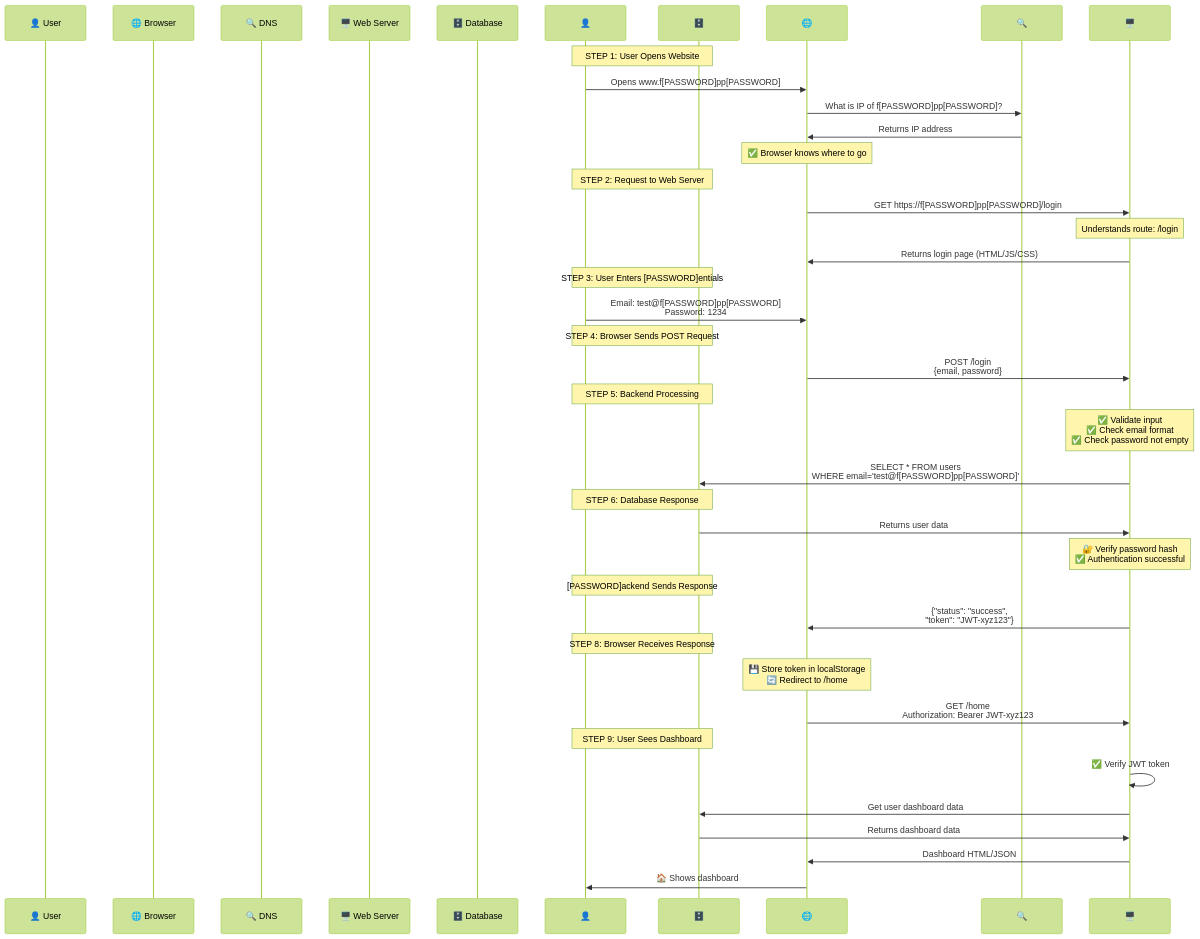
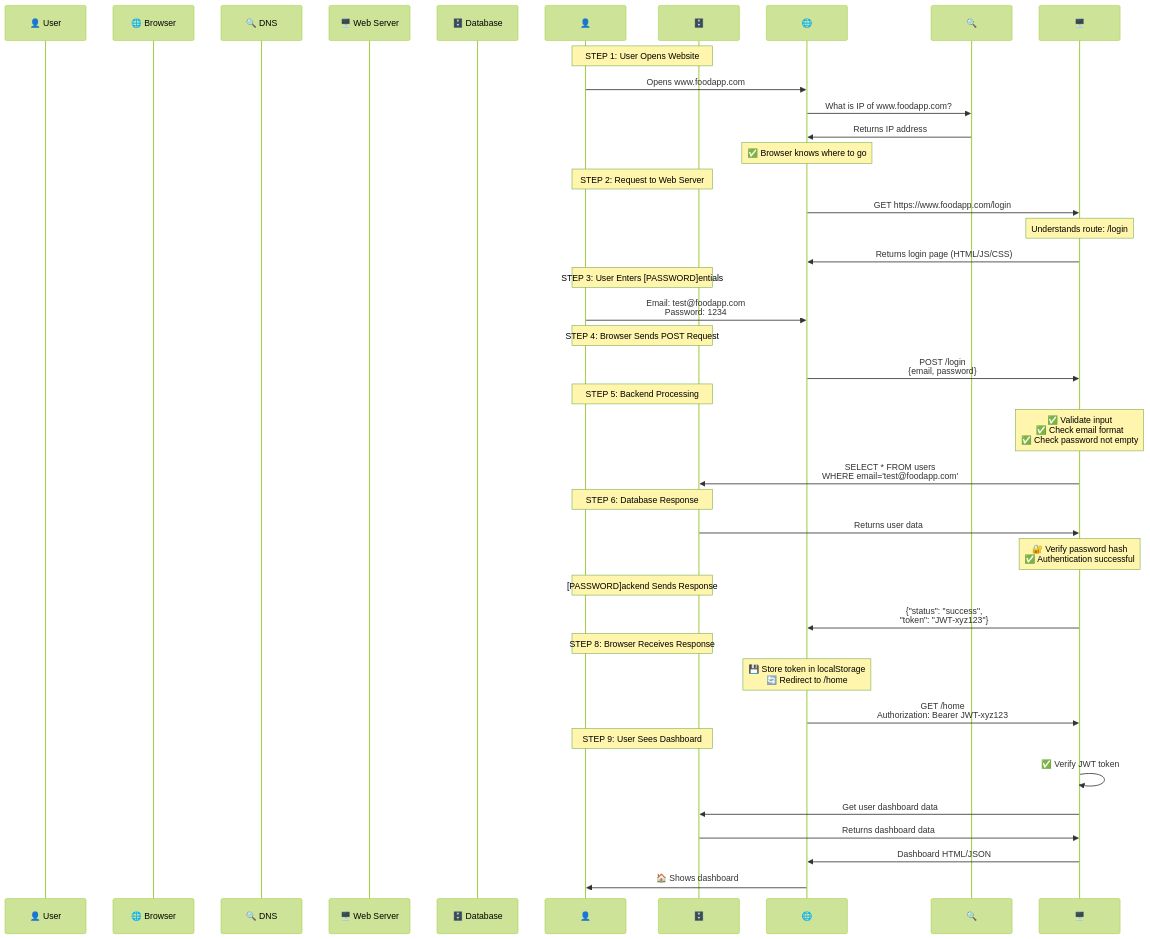
One commit to Dakum11/aws-sa-interview-prep- changed the diagram in architectures/01-basic/static-website/README.md. Above: the diagram before and after it, drawn with Mermaid (forest theme). The commit also changed other lines of this file, not shown here.

````diff
--- a/architectures/01-basic/static-website/README.md
+++ b/architectures/01-basic/static-website/README.md
@@ -264,47 +264,47 @@
 ```mermaid
 sequenceDiagram
     participant 👤 User
     participant 🌐 Browser
     participant 🔍 DNS
     participant 🖥️ Web Server
     participant 🗄️ Database
 
     Note over 👤,🗄️: STEP 1: User Opens Website
-    👤->>🌐: Opens www.f[PASSWORD]pp[PASSWORD]
-    🌐->>🔍: What is IP of f[PASSWORD]pp[PASSWORD]?
+    👤->>🌐: Opens www.foodapp.com
+    🌐->>🔍: What is IP of www.foodapp.com?
     🔍->>🌐: Returns IP address
     Note over 🌐: ✅ Browser knows where to go
 
     Note over 👤,🗄️: STEP 2: Request to Web Server
-    🌐->>🖥️: GET https://f[PASSWORD]pp[PASSWORD]/login
+    🌐->>🖥️: GET https://www.foodapp.com/login
     Note over 🖥️: Understands route: /login
     🖥️->>🌐: Returns login page (HTML/JS/CSS)
 
     Note over 👤,🗄️: STEP 3: User Enters [PASSWORD]entials
-    👤->>🌐: Email: test@f[PASSWORD]pp[PASSWORD]<br/>Password: 1234
+    👤->>🌐: Email: test@foodapp.com <br/>Password: 1234
 
     Note over 👤,🗄️: STEP 4: Browser Sends POST Request
     🌐->>🖥️: POST /login<br/>{email, password}
 
     Note over 👤,🗄️: STEP 5: Backend Processing
     Note over 🖥️: ✅ Validate input<br/>✅ Check email format<br/>✅ Check password not empty
-    🖥️->>🗄️: SELECT * FROM users<br/>WHERE email='test@f[PASSWORD]pp[PASSWORD]'
+    🖥️->>🗄️: SELECT * FROM users<br/>WHERE email='test@foodapp.com'
 
     Note over 👤,🗄️: STEP 6: Database Response
     🗄️->>🖥️: Returns user data
     Note over 🖥️: 🔐 Verify password hash<br/>✅ Authentication successful
 
     Note over 👤,🗄️:[PASSWORD]ackend Sends Response
     🖥️->>🌐: {"status": "success",<br/>"token": "JWT-xyz123"}
 
     Note over 👤,🗄️: STEP 8: Browser Receives Response
     Note over 🌐: 💾 Store token in localStorage<br/>🔄 Redirect to /home
     🌐->>🖥️: GET /home<br/>Authorization: Bearer JWT-xyz123
 
     Note over 👤,🗄️: STEP 9: User Sees Dashboard
     🖥️->>🖥️: ✅ Verify JWT token
     🖥️->>🗄️: Get user dashboard data
     🗄️->>🖥️: Returns dashboard data
     🖥️->>🌐: Dashboard HTML/JSON
     🌐->>👤: 🏠 Shows dashboard
 ```
````
